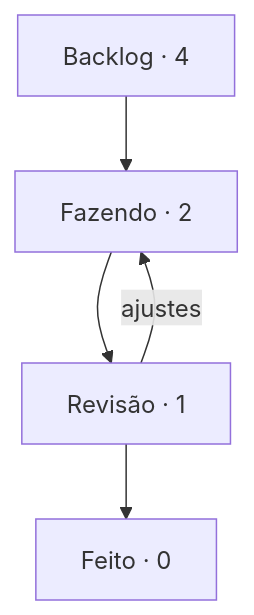
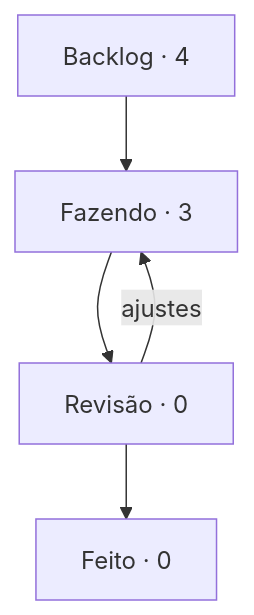
The diagram in boards/harness/BOARD.md (StudioVibi/VibiKanban), drawn with Mermaid before and after one commit. The commit also changed other lines of this file and 1 other file, not shown here.

Commit message:
board: HN-3 Revisão → Fazendo (@isabellaherman)

````diff
--- a/boards/harness/BOARD.md
+++ b/boards/harness/BOARD.md
@@ -5,10 +5,10 @@
 ```mermaid
 flowchart TD
-  backlog["Backlog · 4"] --> doing["Fazendo · 2"]
-  doing --> review["Revisão · 1"]
+  backlog["Backlog · 4"] --> doing["Fazendo · 3"]
+  doing --> review["Revisão · 0"]
   review --> done["Feito · 0"]
   review -->|ajustes| doing
   doing:::blue
   review:::yellow
   done:::green
 ```
````
